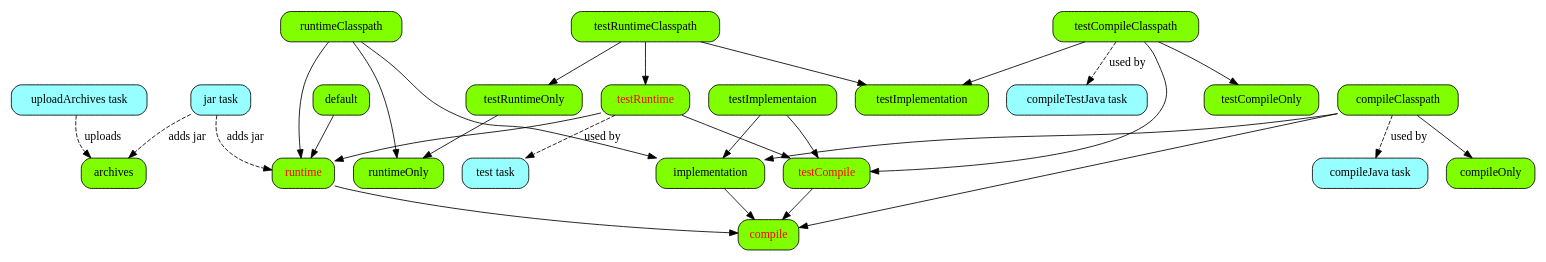
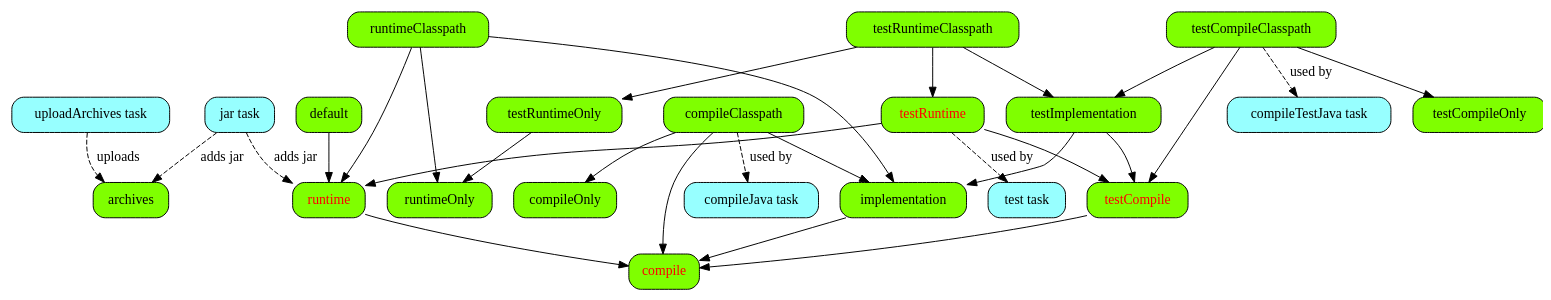
One commit to gradle/gradle changed the diagram in subprojects/docs/src/docs/userguide/img/javaPluginConfigurations.dot. Above: the diagram before and after it, drawn with Graphviz.

Commit message:
Fix typo in userguide java plugin config image
The dot file had a typo - a missing `t` in `testImplementation`, that created
an extra node on the diagram, and caused confusion.

Issue: #5681

```diff
--- a/subprojects/docs/src/docs/userguide/img/javaPluginConfigurations.dot
+++ b/subprojects/docs/src/docs/userguide/img/javaPluginConfigurations.dot
@@ -1,44 +1,44 @@
 digraph javaPluginConfigurations {
 
     size = "20,20"
     splines = true;
     nodesep=0.3;
 	node [shape=box style="rounded,filled" fillcolor= chartreuse];
 
     /* tasks */
     uploadArchives [fillcolor=darkslategray1 label="uploadArchives task"]
     jar [fillcolor=darkslategray1 label="jar task"]
     test [fillcolor=darkslategray1 label="test task"]
     compileJava [fillcolor=darkslategray1 label="compileJava task"]
     compileTestJava [fillcolor=darkslategray1 label="compileTestJava task"]
 
     /* deprecations */
     compile [fontcolor=red]
     runtime [fontcolor=red]
     testCompile [fontcolor=red]
     testRuntime [fontcolor=red]
 
     /* configurations */
     implementation -> compile;
     compileClasspath -> {compile compileOnly implementation}
     runtime -> compile
     runtimeClasspath -> {runtimeOnly runtime implementation}
     testCompile -> compile
-    testImplementaion -> {testCompile implementation}
+    testImplementation -> {testCompile implementation}
     testCompileClasspath -> {testCompile testCompileOnly testImplementation}
     testRuntime -> {runtime testCompile}
     testRuntimeOnly -> runtimeOnly
     testRuntimeClasspath -> {testRuntimeOnly testRuntime testImplementation}
     default -> runtime
 
     /* tasks */
     uploadArchives -> archives [style=dashed label="uploads"]
     jar -> { archives runtime} [style=dashed label="adds jar"]
     testRuntime -> test [style=dashed label="used by"]
     compileClasspath -> compileJava [style=dashed label="used by"]
     testCompileClasspath -> compileTestJava [style=dashed label="used by"]
 
 
     /* invisible edge to control the layout */
     runtimeClasspath -> jar [style=invis]
 }
```
